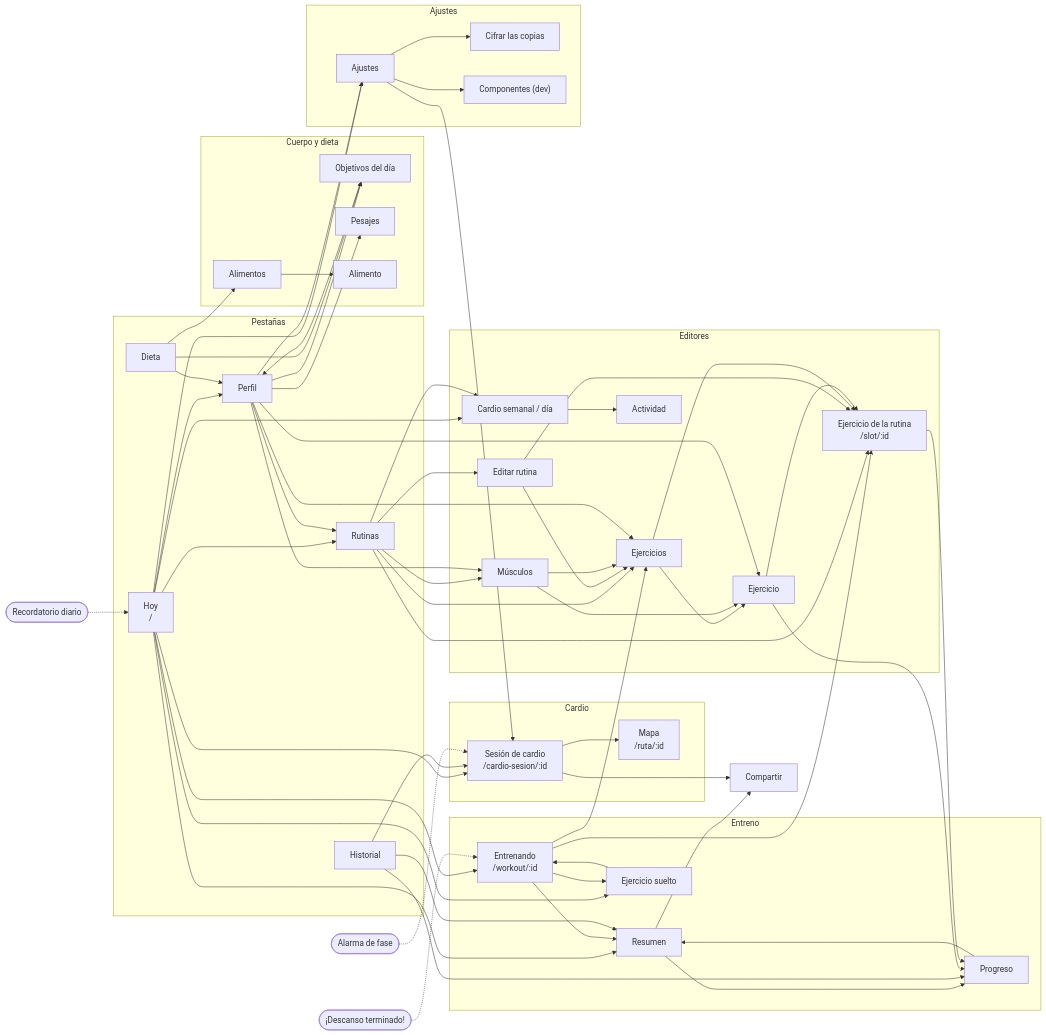
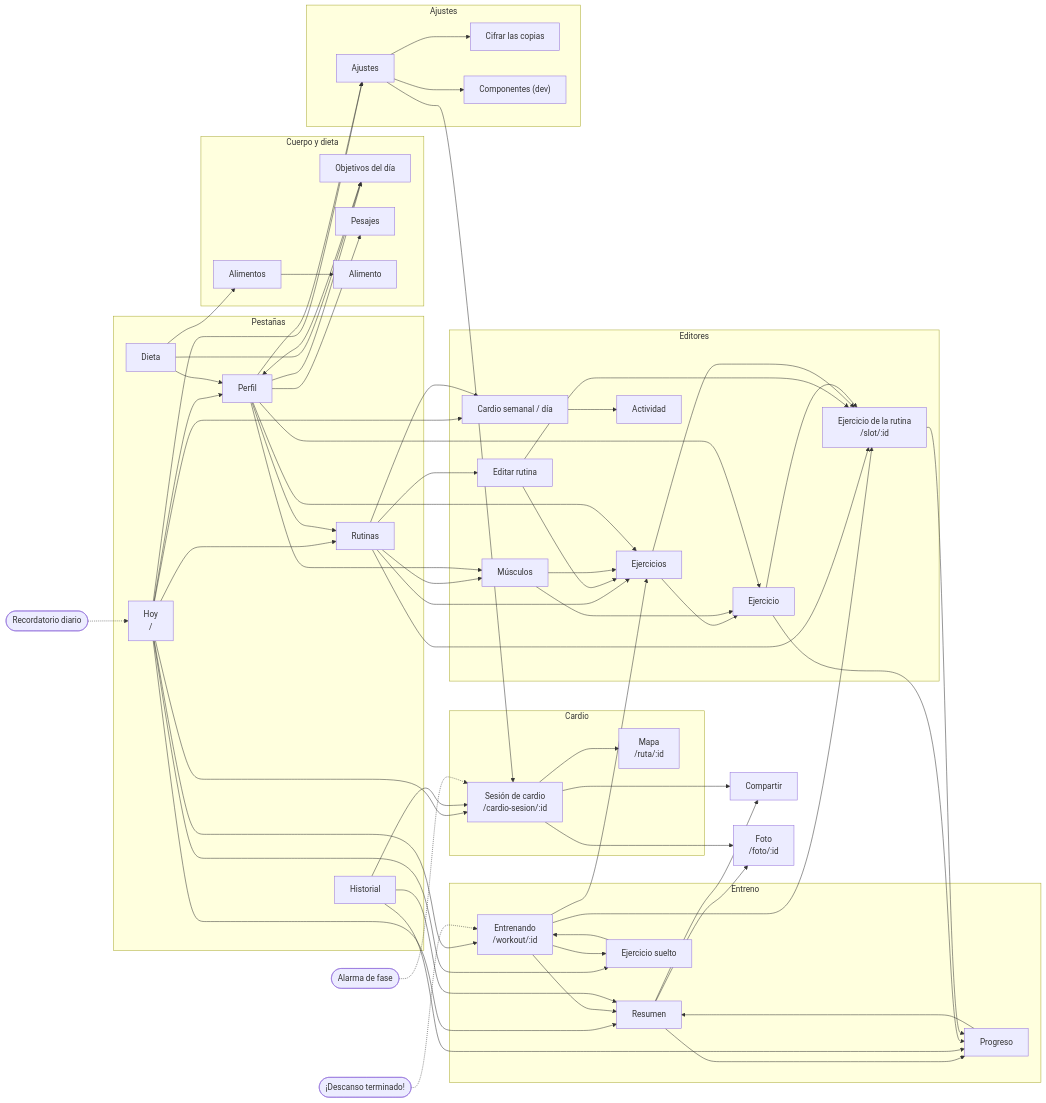
One commit to fabgs/asistente-entrenamiento changed the third of 11 diagrams in ARCHITECTURE.md. Above: the diagram before and after it, drawn with Mermaid. The commit also changed other lines of this file and 24 other files, not shown here.

```diff
--- a/ARCHITECTURE.md
+++ b/ARCHITECTURE.md
@@ -418,6 +429,7 @@
     MAP["Mapa<br/>/ruta/:id"]
   end
   SHARE["Compartir"]
+  FOTO["Foto<br/>/foto/:id"]
   subgraph EDI["Editores"]
     RE["Editar rutina"]
     SL["Ejercicio de la rutina<br/>/slot/:id"]
@@ -453,12 +465,14 @@
   WO --> SL
   RES --> PRO
   RES --> SHARE
+  RES --> FOTO
   PRO --> RES
   HIS --> RES
   HIS --> PRO
   HIS --> CS
   CS --> MAP
   CS --> SHARE
+  CS --> FOTO
   RUT --> RE
   RUT --> SL
   RUT --> CW
```
